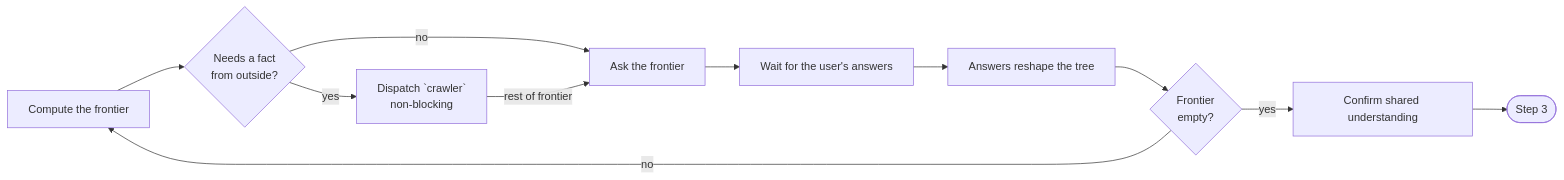
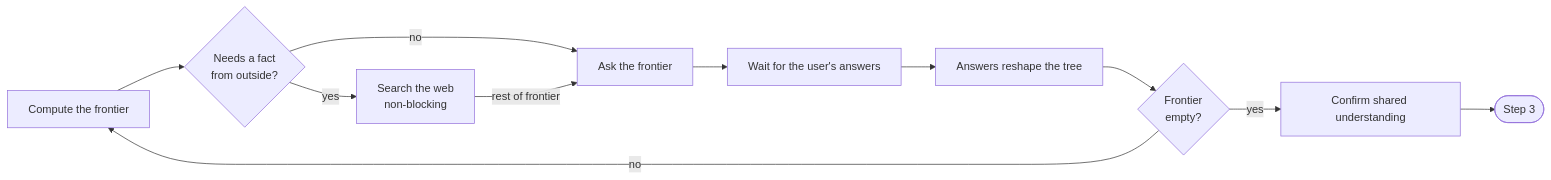
Before and after one commit to anhtrinh919/autobuild: the diagram in skills/explore/SKILL.md, drawn with Mermaid. The commit also changed other lines of this file and 24 other files, not shown here.

````diff
--- a/skills/explore/SKILL.md
+++ b/skills/explore/SKILL.md
@@ -75,13 +95,13 @@
 ```mermaid
 flowchart LR
     compute[Compute the frontier] --> fact{Needs a fact\nfrom outside?}
-    fact -->|yes| dispatch[Dispatch `crawler`\nnon-blocking]
+    fact -->|yes| dispatch[Search the web\nnon-blocking]
     fact -->|no| ask[Ask the frontier]
     dispatch -->|rest of frontier| ask
     ask --> wait[Wait for the user's answers]
     wait --> reshape[Answers reshape the tree]
     reshape --> empty{Frontier\nempty?}
     empty -->|no| compute
     empty -->|yes| confirm[Confirm shared understanding]
     confirm --> next([Step 3])
 ```
````
